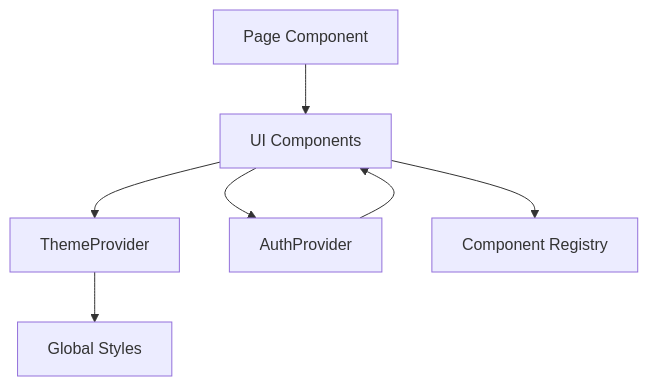
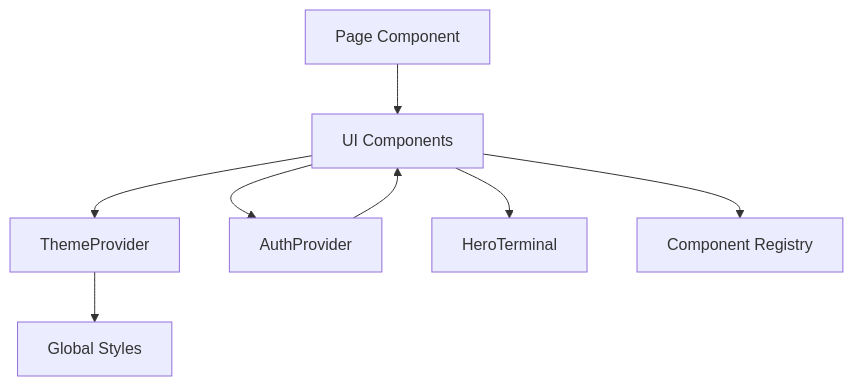
Before and after one commit to HassanAmeer/cheaprouter: the tenth of 11 diagrams in .qoder/repowiki/en/content/Frontend Architecture/Component Library/Component Library.md, drawn with Mermaid. The commit also changed other lines of this file and 10 other files, not shown here.

````diff
--- a/.qoder/repowiki/en/content/Frontend Architecture/Component Library/Component Library.md
+++ b/.qoder/repowiki/en/content/Frontend Architecture/Component Library/Component Library.md
@@ -415,9 +465,10 @@
 ```mermaid
 graph TB
 Page["Page Component"] --> UI["UI Components"]
 UI --> Theme["ThemeProvider"]
 UI --> Auth["AuthProvider"]
+UI --> Hero["HeroTerminal"]
 Theme --> Globals["Global Styles"]
 Auth --> UI
 UI --> Registry["Component Registry"]
 ```
````
